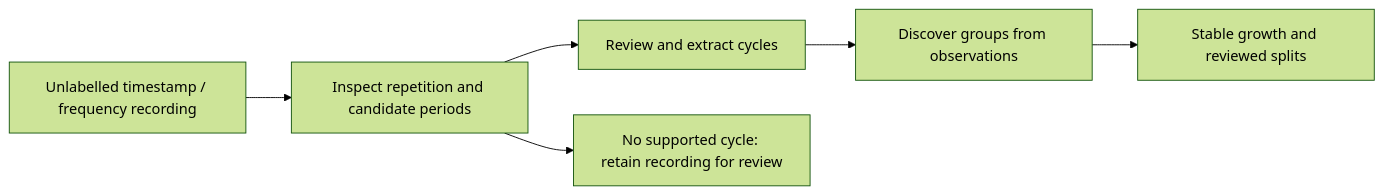
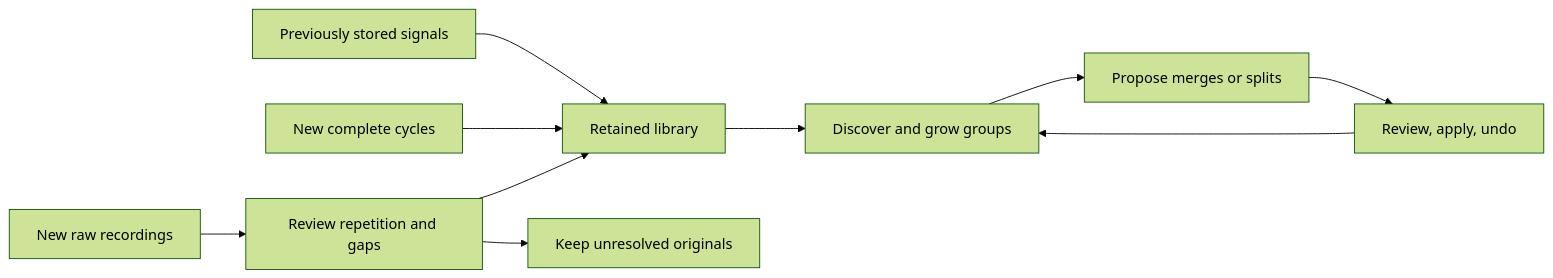
The diagram in docs/unlabelled-workflow.md (iLikeToLie/signal-atlas), drawn with Mermaid (forest theme) before and after one commit. The commit also changed other lines of this file and 25 other files, not shown here.

Commit message:
Unify retained signal library and reviewed group evolution

````diff
--- a/docs/unlabelled-workflow.md
+++ b/docs/unlabelled-workflow.md
@@ -5,8 +5,12 @@
 ```mermaid
 flowchart LR
-    A[Unlabelled timestamp / frequency recording] --> B[Inspect repetition and candidate periods]
-    B --> C[Review and extract cycles]
-    C --> D[Discover groups from observations]
-    D --> E[Stable growth and reviewed splits]
-    B --> F[No supported cycle: retain recording for review]
+    O[Previously stored signals] --> L[Retained library]
+    C[New complete cycles] --> L
+    R[New raw recordings] --> D[Review repetition and gaps]
+    D --> L
+    D --> U[Keep unresolved originals]
+    L --> G[Discover and grow groups]
+    G --> V[Propose merges or splits]
+    V --> A[Review, apply, undo]
+    A --> G
 ```
````
